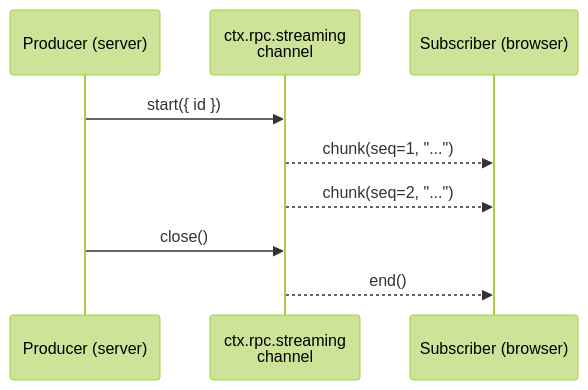
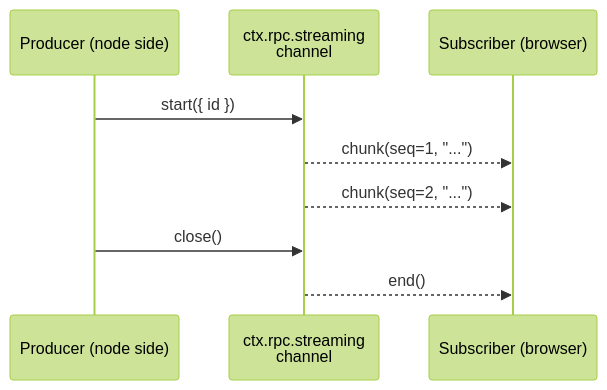
One commit to SaKaNa-Y/devframe changed the diagram in docs/content/1.guide/5.streaming.md. Above: the diagram before and after it, drawn with Mermaid (forest theme). The commit also changed other lines of this file and 183 other files, not shown here.

````diff
--- a/docs/content/1.guide/5.streaming.md
+++ b/docs/content/1.guide/5.streaming.md
@@ -10,12 +10,12 @@
 ```mermaid
 sequenceDiagram
-  participant Producer as Producer (server)
+  participant Producer as Producer (node side)
   participant Channel as ctx.rpc.streaming<br/>channel
   participant Browser as Subscriber (browser)
 
   Producer->>Channel: start({ id })
   Channel-->>Browser: chunk(seq=1, "...")
   Channel-->>Browser: chunk(seq=2, "...")
   Producer->>Channel: close()
   Channel-->>Browser: end()
 ```
````
